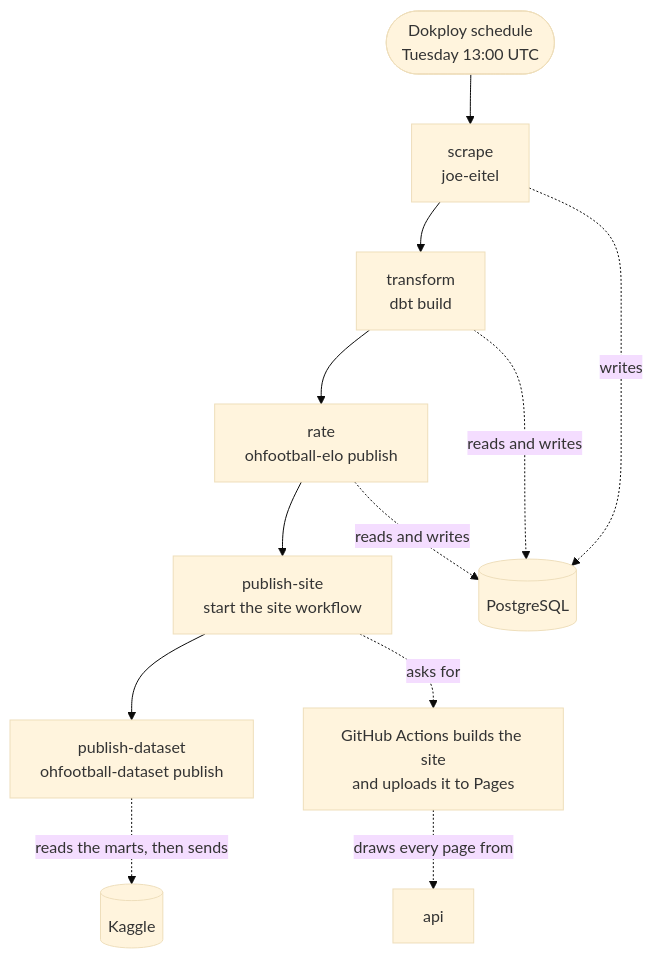
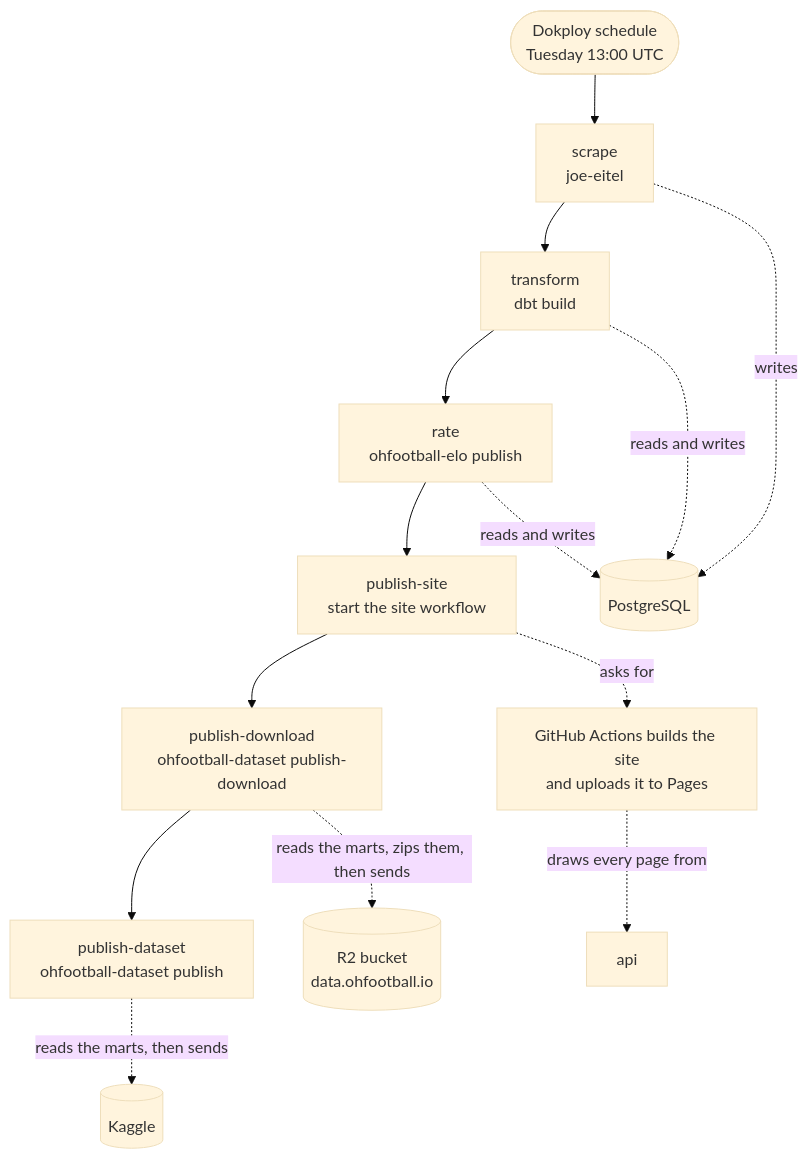
The third of 4 diagrams in docs/architecture.md (StephenODea54/ohfootball.io), drawn with Mermaid (base theme) before and after one commit. The commit also changed other lines of this file and 5 other files, not shown here.

First line of the commit message:
Add the download of the marts to the weekly run

````diff
--- a/docs/architecture.md
+++ b/docs/architecture.md
@@ -157,20 +161,23 @@
 ```mermaid
 flowchart TD
     cron(["Dokploy schedule<br/>Tuesday 13:00 UTC"]) --> scrape
 
     scrape["scrape<br/>joe-eitel"] --> transform["transform<br/>dbt build"]
     transform --> rate["rate<br/>ohfootball-elo publish"]
     rate --> site["publish-site<br/>start the site workflow"]
-    site --> dataset["publish-dataset<br/>ohfootball-dataset publish"]
+    site --> download["publish-download<br/>ohfootball-dataset publish-download"]
+    download --> dataset["publish-dataset<br/>ohfootball-dataset publish"]
 
     warehouse[("PostgreSQL")]
     build["GitHub Actions builds the site<br/>and uploads it to Pages"]
+    r2[("R2 bucket<br/>data.ohfootball.io")]
     kaggle[("Kaggle")]
 
     scrape -. writes .-> warehouse
     transform -. reads and writes .-> warehouse
     rate -. reads and writes .-> warehouse
     site -. asks for .-> build
     build -. draws every page from .-> api["api"]
+    download -. reads the marts, zips them, then sends .-> r2
     dataset -. reads the marts, then sends .-> kaggle
 ```
````
